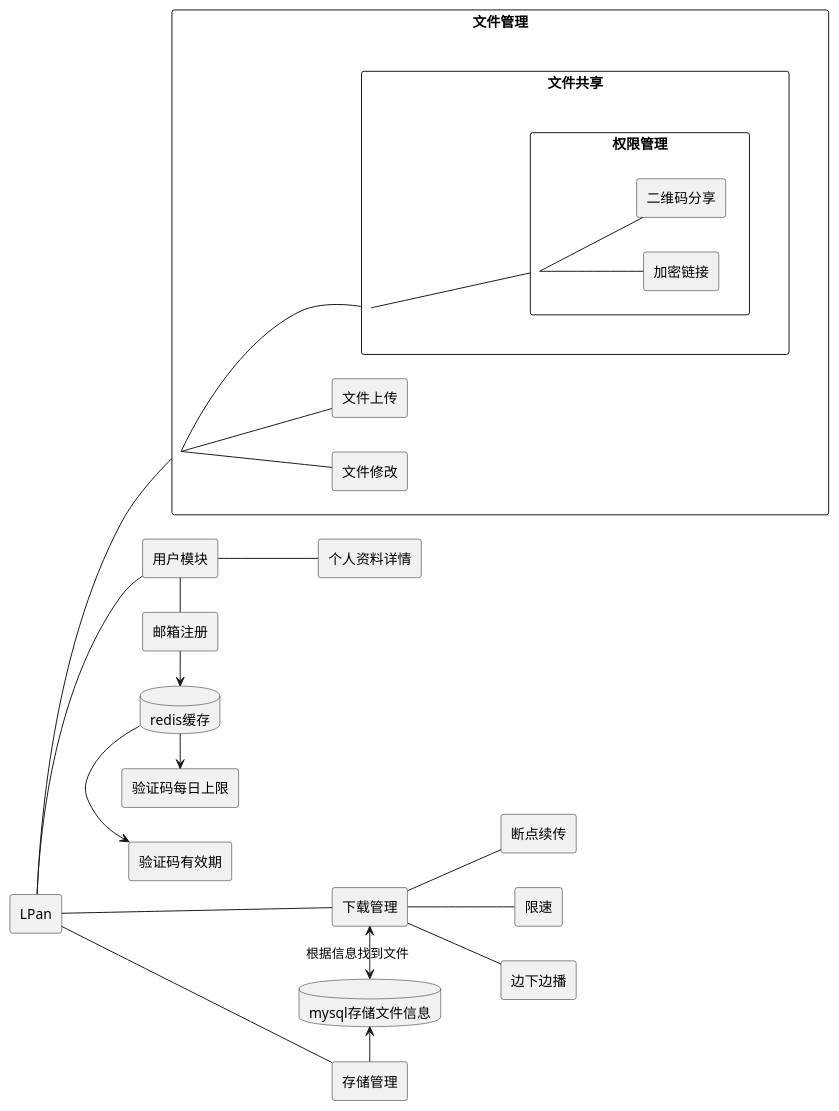
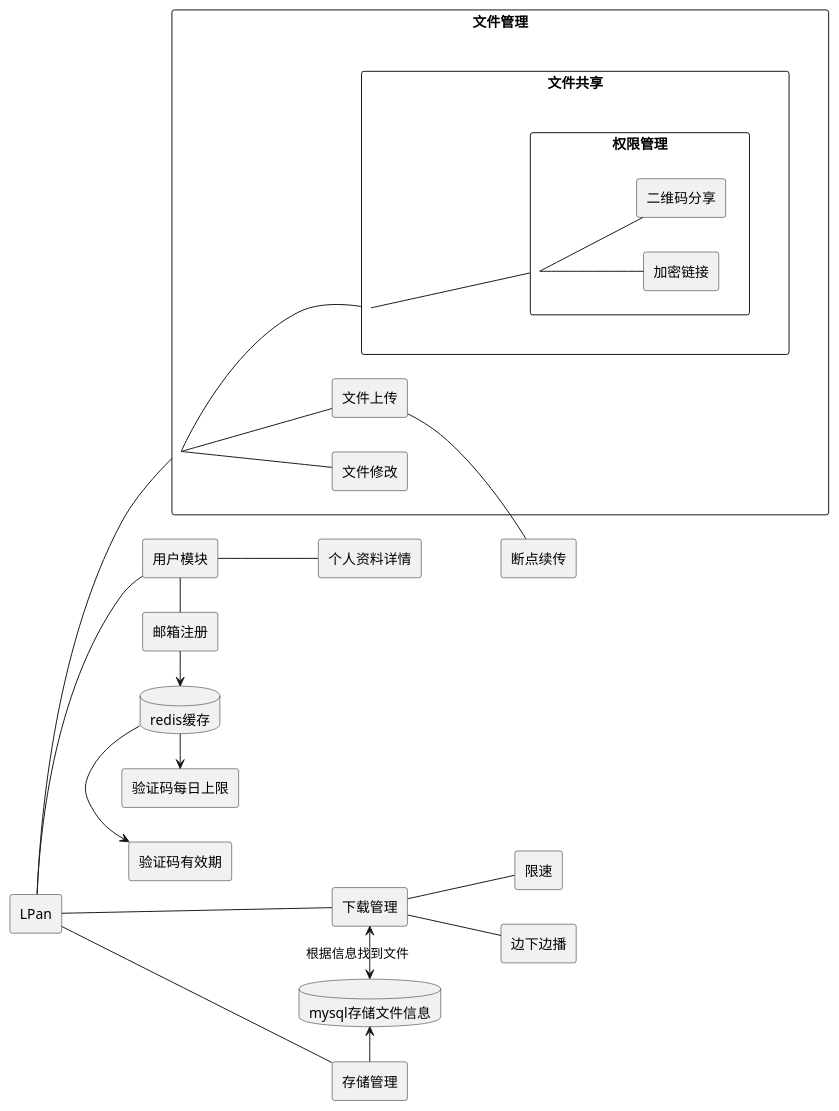
One commit to lluckyboi/LPan changed the diagram in LPan.puml. Above: the diagram before and after it, drawn with PlantUML. The commit also changed 1 other file, not shown here.

Commit message:
优化架构图

```diff
--- a/LPan.puml
+++ b/LPan.puml
@@ -1,82 +1,82 @@
 @startuml
 left to right direction
 skinparam packageStyle rectangle
 
 rectangle  LPan
 
 
 rectangle 用户模块{
     LPan -- 用户模块
 }
 rectangle 邮箱注册{
     用户模块 - 邮箱注册
 }
 database redis[
     redis缓存
 ]
 redis ->验证码有效期
 redis ->验证码每日上限
 邮箱注册 -> redis
 rectangle 验证码有效期{
 }
 rectangle 验证码每日上限{
 }
 rectangle 个人资料详情{
     用户模块  -- 个人资料详情
 }
 
 
 
 
 rectangle 存储管理{
     LPan -- 存储管理
 }
 database mysql[
 mysql存储文件信息
 ]
 mysql <- 存储管理
 
 下载管理<->mysql:根据信息找到文件
 
 
 
 rectangle 文件管理{
     LPan -- 文件管理
 }
 rectangle 文件管理{
    文件管理--文件共享
    文件管理--文件修改
    文件管理--文件上传
 }
 rectangle 文件修改{
 }
 rectangle 文件上传{
  }
 rectangle 文件共享{
     文件共享 -- 权限管理
 }
 rectangle 权限管理 {
     权限管理--加密链接
     权限管理--二维码分享
 }
 rectangle 加密链接{
 }
 rectangle 二维码分享{
 }
 
 
 
 rectangle 下载管理{
     LPan---下载管理
 }
 rectangle 限速{
    下载管理--限速
 }
 rectangle 边下边播{
    下载管理--边下边播
 }
 rectangle 断点续传{
-   下载管理--断点续传
+    文件上传--断点续传
 }
 
 @enduml
```
